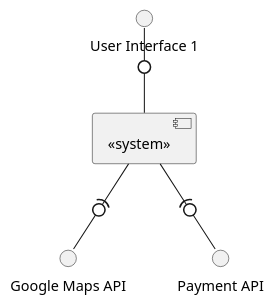
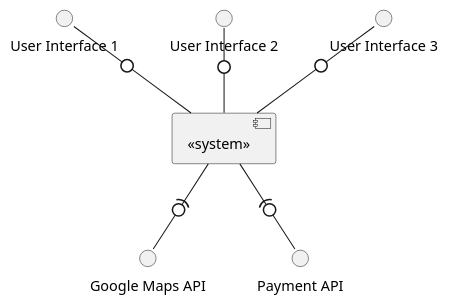
Before and after one commit to 0franciscor/dei_3dj_057: the diagram in Documents/Deployment Diagrams/Level 1 - System Context/LV System Context Diagram.puml, drawn with PlantUML. The commit also changed 1 other file, not shown here.

Commit message:
DL3-2 Edited Level2 Lv diagram

```diff
--- a/Documents/Deployment Diagrams/Level 1 - System Context/LV System Context Diagram.puml
+++ b/Documents/Deployment Diagrams/Level 1 - System Context/LV System Context Diagram.puml
@@ -1,14 +1,18 @@
 @startuml LV System Context Diagram
 
 component "<<system>>" as system
 
 interface "Google Maps API" as mapsAPI
 interface "User Interface 1" as UI1
+interface "User Interface 2" as UI2
+interface "User Interface 3" as UI3
 interface "Payment API" as paymentAPI
 
 system -(0- mapsAPI
 UI1 -0- system
+UI2 -0- system
+UI3 -0- system
 system -(0- paymentAPI
 
 
 @enduml
```
